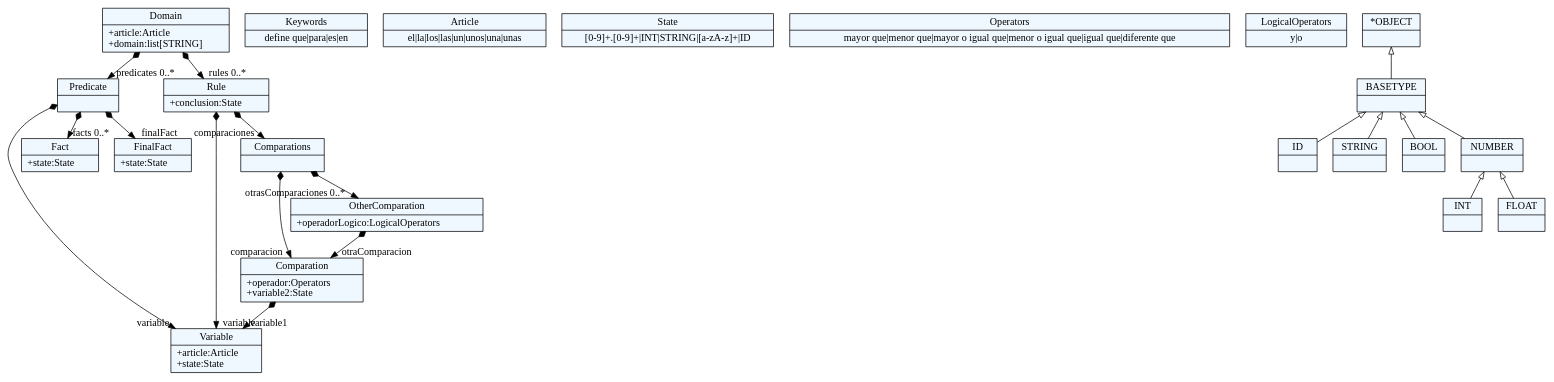
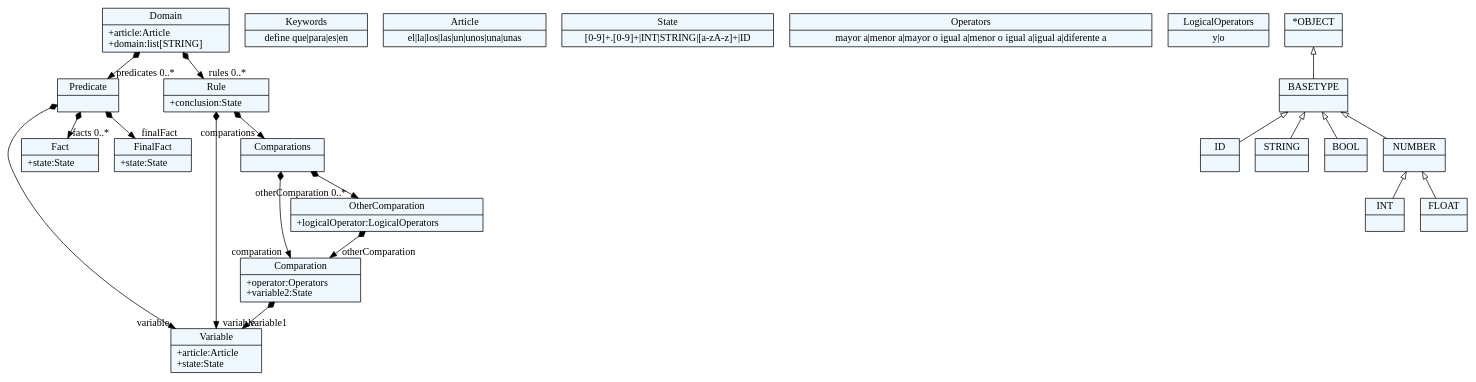
The diagram in gramatica.tx.dot (CarlosGutierrezArdila/DSL4UDRules), drawn with Graphviz before and after one commit. The commit also changed 6 other files, not shown here.

```diff
--- a/gramatica.tx.dot
+++ b/gramatica.tx.dot
@@ -1,77 +1,77 @@
 
     digraph xtext {
     fontname = "Bitstream Vera Sans"
     fontsize = 8
     node[
         shape=record,
         style=filled,
         fillcolor=aliceblue
     ]
     nodesep = 0.3
     edge[dir=black,arrowtail=empty]
 
 
-96314879160 -> 96315147784[arrowtail=diamond, dir=both, headlabel="predicates 0..*"]
-96314879160 -> 96315191208[arrowtail=diamond, dir=both, headlabel="rules 0..*"]
-96314879160[ label="{Domain|+article:Article\l+domain:list[STRING]\l}"]
+120561081528 -> 120561350152[arrowtail=diamond, dir=both, headlabel="predicates 0..*"]
+120561081528 -> 120561393576[arrowtail=diamond, dir=both, headlabel="rules 0..*"]
+120561081528[ label="{Domain|+article:Article\l+domain:list[STRING]\l}"]
 
-96314862552[ label="{Keywords|define que\|para\|es\|en}"]
+120561064920[ label="{Keywords|define que\|para\|es\|en}"]
 
-96315137896[ label="{Article|el\|la\|los\|las\|un\|unos\|una\|unas}"]
+120561340264[ label="{Article|el\|la\|los\|las\|un\|unos\|una\|unas}"]
 
-96315142840[ label="{Variable|+article:Article\l+state:State\l}"]
+120561345208[ label="{Variable|+article:Article\l+state:State\l}"]
 
-96315147784 -> 96315142840[arrowtail=diamond, dir=both, headlabel="variable "]
-96315147784 -> 96315152728[arrowtail=diamond, dir=both, headlabel="facts 0..*"]
-96315147784 -> 96312923064[arrowtail=diamond, dir=both, headlabel="finalFact "]
-96315147784[ label="{Predicate|}"]
+120561350152 -> 120561345208[arrowtail=diamond, dir=both, headlabel="variable "]
+120561350152 -> 120561355096[arrowtail=diamond, dir=both, headlabel="facts 0..*"]
+120561350152 -> 120559125432[arrowtail=diamond, dir=both, headlabel="finalFact "]
+120561350152[ label="{Predicate|}"]
 
-96315152728[ label="{Fact|+state:State\l}"]
+120561355096[ label="{Fact|+state:State\l}"]
 
-96312923064[ label="{FinalFact|+state:State\l}"]
+120559125432[ label="{FinalFact|+state:State\l}"]
 
-96312928008[ label="{State|[0-9]+.[0-9]+\|INT\|STRING\|[a-zA-z]+\|ID}"]
+120559130376[ label="{State|[0-9]+.[0-9]+\|INT\|STRING\|[a-zA-z]+\|ID}"]
 
-96315155672[ label="{Operators|mayor que\|menor que\|mayor o igual que\|menor o igual que\|igual que\|diferente que}"]
+120561358040[ label="{Operators|mayor a\|menor a\|mayor o igual a\|menor o igual a\|igual a\|diferente a}"]
 
-96315140840 -> 96315142840[arrowtail=diamond, dir=both, headlabel="variable1 "]
-96315140840[ label="{Comparation|+operador:Operators\l+variable2:State\l}"]
+120561343208 -> 120561345208[arrowtail=diamond, dir=both, headlabel="variable1 "]
+120561343208[ label="{Comparation|+operator:Operators\l+variable2:State\l}"]
 
-96314930280[ label="{LogicalOperators|y\|o}"]
+120561132648[ label="{LogicalOperators|y\|o}"]
 
-96315180136 -> 96315140840[arrowtail=diamond, dir=both, headlabel="otraComparacion "]
-96315180136[ label="{OtherComparation|+operadorLogico:LogicalOperators\l}"]
+120561382504 -> 120561343208[arrowtail=diamond, dir=both, headlabel="otherComparation "]
+120561382504[ label="{OtherComparation|+logicalOperator:LogicalOperators\l}"]
 
-96315185672 -> 96315140840[arrowtail=diamond, dir=both, headlabel="comparacion "]
-96315185672 -> 96315180136[arrowtail=diamond, dir=both, headlabel="otrasComparaciones 0..*"]
-96315185672[ label="{Comparations|}"]
+120561388040 -> 120561343208[arrowtail=diamond, dir=both, headlabel="comparation "]
+120561388040 -> 120561382504[arrowtail=diamond, dir=both, headlabel="otherComparation 0..*"]
+120561388040[ label="{Comparations|}"]
 
-96315191208 -> 96315185672[arrowtail=diamond, dir=both, headlabel="comparaciones "]
-96315191208 -> 96315142840[arrowtail=diamond, dir=both, headlabel="variable "]
-96315191208[ label="{Rule|+conclusion:State\l}"]
+120561393576 -> 120561388040[arrowtail=diamond, dir=both, headlabel="comparations "]
+120561393576 -> 120561345208[arrowtail=diamond, dir=both, headlabel="variable "]
+120561393576[ label="{Rule|+conclusion:State\l}"]
 
-96314859016[ label="{ID|}"]
+120561061384[ label="{ID|}"]
 
-96314864552[ label="{STRING|}"]
+120561066920[ label="{STRING|}"]
 
-96314870088[ label="{BOOL|}"]
+120561072456[ label="{BOOL|}"]
 
-96314875624[ label="{INT|}"]
+120561077992[ label="{INT|}"]
 
-96314881160[ label="{FLOAT|}"]
+120561083528[ label="{FLOAT|}"]
 
-96314932280[ label="{NUMBER|}"]
-96314932280 -> 96314881160 [dir=back]
-96314932280 -> 96314875624 [dir=back]
+120561134648[ label="{NUMBER|}"]
+120561134648 -> 120561083528 [dir=back]
+120561134648 -> 120561077992 [dir=back]
 
-96314937224[ label="{BASETYPE|}"]
-96314937224 -> 96314932280 [dir=back]
-96314937224 -> 96314870088 [dir=back]
-96314937224 -> 96314859016 [dir=back]
-96314937224 -> 96314864552 [dir=back]
+120561139592[ label="{BASETYPE|}"]
+120561139592 -> 120561134648 [dir=back]
+120561139592 -> 120561072456 [dir=back]
+120561139592 -> 120561061384 [dir=back]
+120561139592 -> 120561066920 [dir=back]
 
-96314943352[ label="{*OBJECT|}"]
-96314943352 -> 96314937224 [dir=back]
+120561145720[ label="{*OBJECT|}"]
+120561145720 -> 120561139592 [dir=back]
 
 
 }
```
